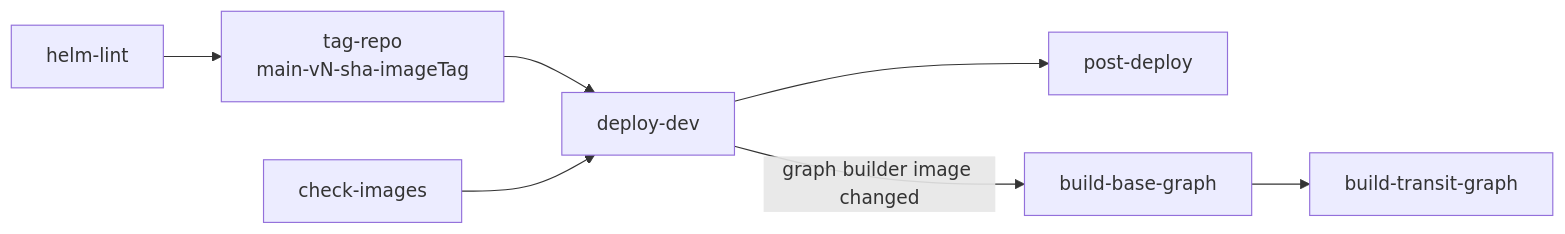
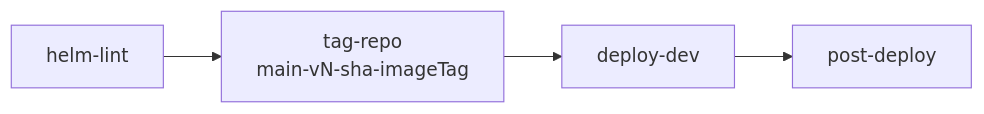
One commit to entur/otp2int-deployment-config changed the second of 5 diagrams in README.md. Above: the diagram before and after it, drawn with Mermaid. The commit also changed other lines of this file and 21 other files, not shown here.

First line of the commit message:
feat: split graph builder into a separate Helm release

````diff
--- a/README.md
+++ b/README.md
@@ -119,14 +150,9 @@
 ```mermaid
 flowchart LR
     HL[helm-lint]
     TAG[tag-repo\nmain-vN-sha-imageTag]
-    CHK[check-images]
     DEP[deploy-dev]
     POST[post-deploy]
-    BASE[build-base-graph]
-    TRANSIT[build-transit-graph]
 
-    HL --> TAG --> DEP
-    CHK --> DEP --> POST
-    DEP -- graph builder image changed --> BASE --> TRANSIT
+    HL --> TAG --> DEP --> POST
 ```
````
